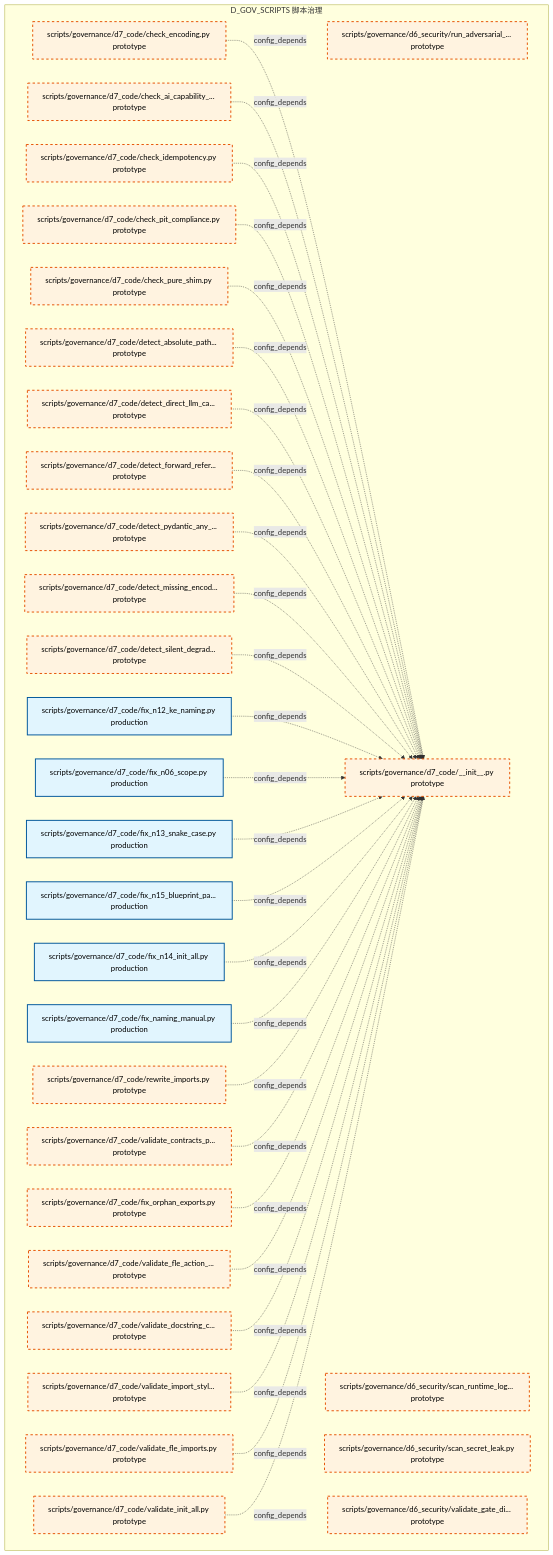
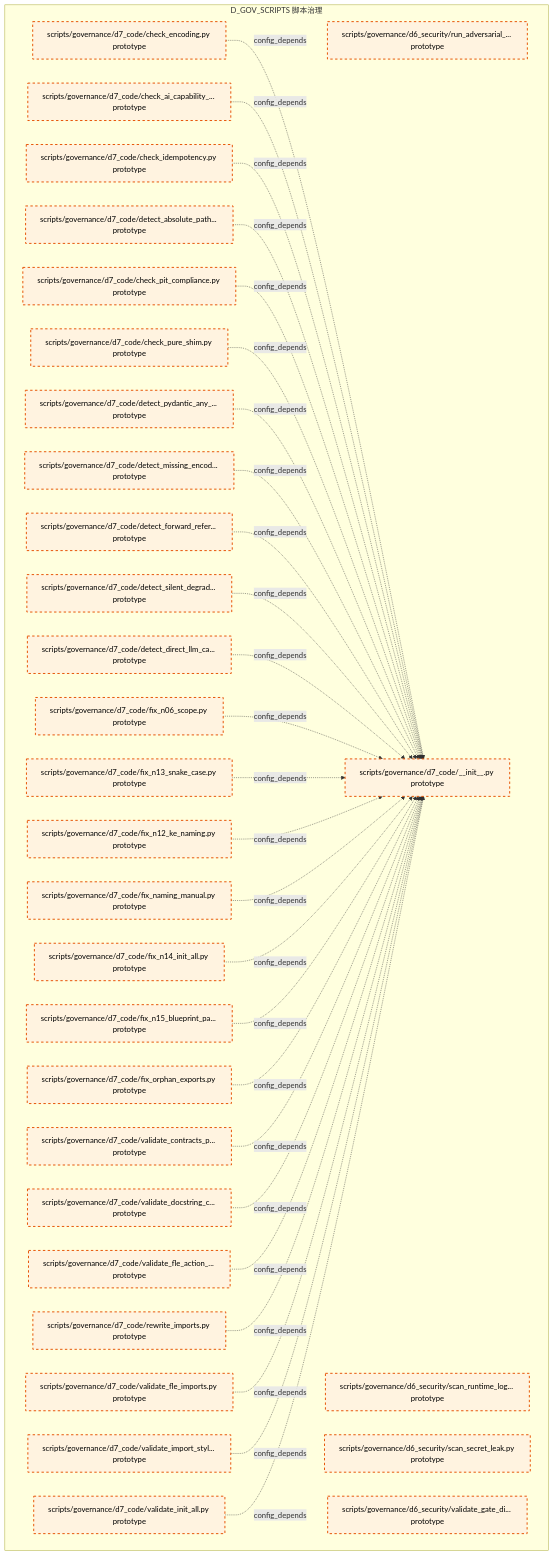
Before and after one commit to xuanFelixVan/ZephyrAlpha: the tenth of 15 diagrams in docs/02_enterprise_architecture/02_domain_architecture_docs/39_d_gov_scripts.md, drawn with Mermaid. The commit also changed other lines of this file and 105 other files, not shown here.

````diff
--- a/docs/02_enterprise_architecture/02_domain_architecture_docs/39_d_gov_scripts.md
+++ b/docs/02_enterprise_architecture/02_domain_architecture_docs/39_d_gov_scripts.md
@@ -696,66 +699,65 @@
 ```mermaid
 graph TD
     subgraph D_GOV_SCRIPTS["D_GOV_SCRIPTS 脚本治理"]
         scripts_governance_d6_security_run_adversarial_checks_py["scripts/governance/d6_security/run_adversarial_... prototype"]
         scripts_governance_d6_security_scan_runtime_log_secrets_py["scripts/governance/d6_security/scan_runtime_log... prototype"]
         scripts_governance_d6_security_scan_secret_leak_py["scripts/governance/d6_security/scan_secret_leak.py prototype"]
         scripts_governance_d6_security_validate_gate_discipline_py["scripts/governance/d6_security/validate_gate_di... prototype"]
         scripts_governance_d7_code_init_py["scripts/governance/d7_code/__init__.py prototype"]
         scripts_governance_d7_code_check_ai_capability_boundary_py["scripts/governance/d7_code/check_ai_capability_... prototype"]
         scripts_governance_d7_code_check_encoding_py["scripts/governance/d7_code/check_encoding.py prototype"]
         scripts_governance_d7_code_check_idempotency_py["scripts/governance/d7_code/check_idempotency.py prototype"]
         scripts_governance_d7_code_check_pit_compliance_py["scripts/governance/d7_code/check_pit_compliance.py prototype"]
         scripts_governance_d7_code_check_pure_shim_py["scripts/governance/d7_code/check_pure_shim.py prototype"]
         scripts_governance_d7_code_detect_absolute_path_hardcoding_py["scripts/governance/d7_code/detect_absolute_path... prototype"]
         scripts_governance_d7_code_detect_direct_llm_calls_py["scripts/governance/d7_code/detect_direct_llm_ca... prototype"]
         scripts_governance_d7_code_detect_forward_reference_py["scripts/governance/d7_code/detect_forward_refer... prototype"]
         scripts_governance_d7_code_detect_missing_encoding_py["scripts/governance/d7_code/detect_missing_encod... prototype"]
         scripts_governance_d7_code_detect_pydantic_any_fields_py["scripts/governance/d7_code/detect_pydantic_any_... prototype"]
         scripts_governance_d7_code_detect_silent_degradation_py["scripts/governance/d7_code/detect_silent_degrad... prototype"]
-        scripts_governance_d7_code_fix_n06_scope_py["scripts/governance/d7_code/fix_n06_scope.py production"]
-        scripts_governance_d7_code_fix_n12_ke_naming_py["scripts/governance/d7_code/fix_n12_ke_naming.py production"]
-        scripts_governance_d7_code_fix_n13_snake_case_py["scripts/governance/d7_code/fix_n13_snake_case.py production"]
-        scripts_governance_d7_code_fix_n14_init_all_py["scripts/governance/d7_code/fix_n14_init_all.py production"]
-        scripts_governance_d7_code_fix_n15_blueprint_path_py["scripts/governance/d7_code/fix_n15_blueprint_pa... production"]
-        scripts_governance_d7_code_fix_naming_manual_py["scripts/governance/d7_code/fix_naming_manual.py production"]
+        scripts_governance_d7_code_fix_n06_scope_py["scripts/governance/d7_code/fix_n06_scope.py prototype"]
+        scripts_governance_d7_code_fix_n12_ke_naming_py["scripts/governance/d7_code/fix_n12_ke_naming.py prototype"]
+        scripts_governance_d7_code_fix_n13_snake_case_py["scripts/governance/d7_code/fix_n13_snake_case.py prototype"]
+        scripts_governance_d7_code_fix_n14_init_all_py["scripts/governance/d7_code/fix_n14_init_all.py prototype"]
+        scripts_governance_d7_code_fix_n15_blueprint_path_py["scripts/governance/d7_code/fix_n15_blueprint_pa... prototype"]
+        scripts_governance_d7_code_fix_naming_manual_py["scripts/governance/d7_code/fix_naming_manual.py prototype"]
         scripts_governance_d7_code_fix_orphan_exports_py["scripts/governance/d7_code/fix_orphan_exports.py prototype"]
         scripts_governance_d7_code_rewrite_imports_py["scripts/governance/d7_code/rewrite_imports.py prototype"]
         scripts_governance_d7_code_validate_contracts_purity_py["scripts/governance/d7_code/validate_contracts_p... prototype"]
         scripts_governance_d7_code_validate_docstring_coverage_py["scripts/governance/d7_code/validate_docstring_c... prototype"]
         scripts_governance_d7_code_validate_fle_action_metadata_py["scripts/governance/d7_code/validate_fle_action_... prototype"]
         scripts_governance_d7_code_validate_fle_imports_py["scripts/governance/d7_code/validate_fle_imports.py prototype"]
         scripts_governance_d7_code_validate_import_style_py["scripts/governance/d7_code/validate_import_styl... prototype"]
         scripts_governance_d7_code_validate_init_all_py["scripts/governance/d7_code/validate_init_all.py prototype"]
     end
     scripts_governance_d7_code_check_encoding_py -.->|config_depends| scripts_governance_d7_code_init_py
     scripts_governance_d7_code_check_ai_capability_boundary_py -.->|config_depends| scripts_governance_d7_code_init_py
     scripts_governance_d7_code_check_idempotency_py -.->|config_depends| scripts_governance_d7_code_init_py
+    scripts_governance_d7_code_detect_absolute_path_hardcoding_py -.->|config_depends| scripts_governance_d7_code_init_py
     scripts_governance_d7_code_check_pit_compliance_py -.->|config_depends| scripts_governance_d7_code_init_py
     scripts_governance_d7_code_check_pure_shim_py -.->|config_depends| scripts_governance_d7_code_init_py
-    scripts_governance_d7_code_detect_absolute_path_hardcoding_py -.->|config_depends| scripts_governance_d7_code_init_py
-    scripts_governance_d7_code_detect_direct_llm_calls_py -.->|config_depends| scripts_governance_d7_code_init_py
-    scripts_governance_d7_code_detect_forward_reference_py -.->|config_depends| scripts_governance_d7_code_init_py
     scripts_governance_d7_code_detect_pydantic_any_fields_py -.->|config_depends| scripts_governance_d7_code_init_py
     scripts_governance_d7_code_detect_missing_encoding_py -.->|config_depends| scripts_governance_d7_code_init_py
+    scripts_governance_d7_code_detect_forward_reference_py -.->|config_depends| scripts_governance_d7_code_init_py
     scripts_governance_d7_code_detect_silent_degradation_py -.->|config_depends| scripts_governance_d7_code_init_py
-    scripts_governance_d7_code_fix_n12_ke_naming_py -.->|config_depends| scripts_governance_d7_code_init_py
+    scripts_governance_d7_code_detect_direct_llm_calls_py -.->|config_depends| scripts_governance_d7_code_init_py
     scripts_governance_d7_code_fix_n06_scope_py -.->|config_depends| scripts_governance_d7_code_init_py
     scripts_governance_d7_code_fix_n13_snake_case_py -.->|config_depends| scripts_governance_d7_code_init_py
+    scripts_governance_d7_code_fix_n12_ke_naming_py -.->|config_depends| scripts_governance_d7_code_init_py
+    scripts_governance_d7_code_fix_naming_manual_py -.->|config_depends| scripts_governance_d7_code_init_py
+    scripts_governance_d7_code_fix_n14_init_all_py -.->|config_depends| scripts_governance_d7_code_init_py
     scripts_governance_d7_code_fix_n15_blueprint_path_py -.->|config_depends| scripts_governance_d7_code_init_py
-    scripts_governance_d7_code_fix_n14_init_all_py -.->|config_depends| scripts_governance_d7_code_init_py
-    scripts_governance_d7_code_fix_naming_manual_py -.->|config_depends| scripts_governance_d7_code_init_py
+    scripts_governance_d7_code_fix_orphan_exports_py -.->|config_depends| scripts_governance_d7_code_init_py
+    scripts_governance_d7_code_validate_contracts_purity_py -.->|config_depends| scripts_governance_d7_code_init_py
+    scripts_governance_d7_code_validate_docstring_coverage_py -.->|config_depends| scripts_governance_d7_code_init_py
+    scripts_governance_d7_code_validate_fle_action_metadata_py -.->|config_depends| scripts_governance_d7_code_init_py
     scripts_governance_d7_code_rewrite_imports_py -.->|config_depends| scripts_governance_d7_code_init_py
-    scripts_governance_d7_code_validate_contracts_purity_py -.->|config_depends| scripts_governance_d7_code_init_py
-    scripts_governance_d7_code_fix_orphan_exports_py -.->|config_depends| scripts_governance_d7_code_init_py
-    scripts_governance_d7_code_validate_fle_action_metadata_py -.->|config_depends| scripts_governance_d7_code_init_py
-    scripts_governance_d7_code_validate_docstring_coverage_py -.->|config_depends| scripts_governance_d7_code_init_py
+    scripts_governance_d7_code_validate_fle_imports_py -.->|config_depends| scripts_governance_d7_code_init_py
     scripts_governance_d7_code_validate_import_style_py -.->|config_depends| scripts_governance_d7_code_init_py
-    scripts_governance_d7_code_validate_fle_imports_py -.->|config_depends| scripts_governance_d7_code_init_py
     scripts_governance_d7_code_validate_init_all_py -.->|config_depends| scripts_governance_d7_code_init_py
     classDef production fill:#e1f5fe,stroke:#01579b,stroke-width:2px,color:#000
     classDef design fill:#fff3e0,stroke:#e65100,stroke-width:2px,color:#000,stroke-dasharray: 5 5
     classDef external_prod fill:#e8f5e9,stroke:#1b5e20,stroke-width:1px,color:#000
     classDef external_design fill:#fce4ec,stroke:#880e4f,stroke-width:1px,color:#000,stroke-dasharray: 5 5
-    class scripts_governance_d7_code_fix_n06_scope_py,scripts_governance_d7_code_fix_n12_ke_naming_py,scripts_governance_d7_code_fix_n13_snake_case_py,scripts_governance_d7_code_fix_n14_init_all_py,scripts_governance_d7_code_fix_n15_blueprint_path_py,scripts_governance_d7_code_fix_naming_manual_py production
-    class scripts_governance_d6_security_run_adversarial_checks_py,scripts_governance_d6_security_scan_runtime_log_secrets_py,scripts_governance_d6_security_scan_secret_leak_py,scripts_governance_d6_security_validate_gate_discipline_py,scripts_governance_d7_code_init_py,scripts_governance_d7_code_check_ai_capability_boundary_py,scripts_governance_d7_code_check_encoding_py,scripts_governance_d7_code_check_idempotency_py,scripts_governance_d7_code_check_pit_compliance_py,scripts_governance_d7_code_check_pure_shim_py,scripts_governance_d7_code_detect_absolute_path_hardcoding_py,scripts_governance_d7_code_detect_direct_llm_calls_py,scripts_governance_d7_code_detect_forward_reference_py,scripts_governance_d7_code_detect_missing_encoding_py,scripts_governance_d7_code_detect_pydantic_any_fields_py,scripts_governance_d7_code_detect_silent_degradation_py,scripts_governance_d7_code_fix_orphan_exports_py,scripts_governance_d7_code_rewrite_imports_py,scripts_governance_d7_code_validate_contracts_purity_py,scripts_governance_d7_code_validate_docstring_coverage_py,scripts_governance_d7_code_validate_fle_action_metadata_py,scripts_governance_d7_code_validate_fle_imports_py,scripts_governance_d7_code_validate_import_style_py,scripts_governance_d7_code_validate_init_all_py design
+    class scripts_governance_d6_security_run_adversarial_checks_py,scripts_governance_d6_security_scan_runtime_log_secrets_py,scripts_governance_d6_security_scan_secret_leak_py,scripts_governance_d6_security_validate_gate_discipline_py,scripts_governance_d7_code_init_py,scripts_governance_d7_code_check_ai_capability_boundary_py,scripts_governance_d7_code_check_encoding_py,scripts_governance_d7_code_check_idempotency_py,scripts_governance_d7_code_check_pit_compliance_py,scripts_governance_d7_code_check_pure_shim_py,scripts_governance_d7_code_detect_absolute_path_hardcoding_py,scripts_governance_d7_code_detect_direct_llm_calls_py,scripts_governance_d7_code_detect_forward_reference_py,scripts_governance_d7_code_detect_missing_encoding_py,scripts_governance_d7_code_detect_pydantic_any_fields_py,scripts_governance_d7_code_detect_silent_degradation_py,scripts_governance_d7_code_fix_n06_scope_py,scripts_governance_d7_code_fix_n12_ke_naming_py,scripts_governance_d7_code_fix_n13_snake_case_py,scripts_governance_d7_code_fix_n14_init_all_py,scripts_governance_d7_code_fix_n15_blueprint_path_py,scripts_governance_d7_code_fix_naming_manual_py,scripts_governance_d7_code_fix_orphan_exports_py,scripts_governance_d7_code_rewrite_imports_py,scripts_governance_d7_code_validate_contracts_purity_py,scripts_governance_d7_code_validate_docstring_coverage_py,scripts_governance_d7_code_validate_fle_action_metadata_py,scripts_governance_d7_code_validate_fle_imports_py,scripts_governance_d7_code_validate_import_style_py,scripts_governance_d7_code_validate_init_all_py design
 ```
````
